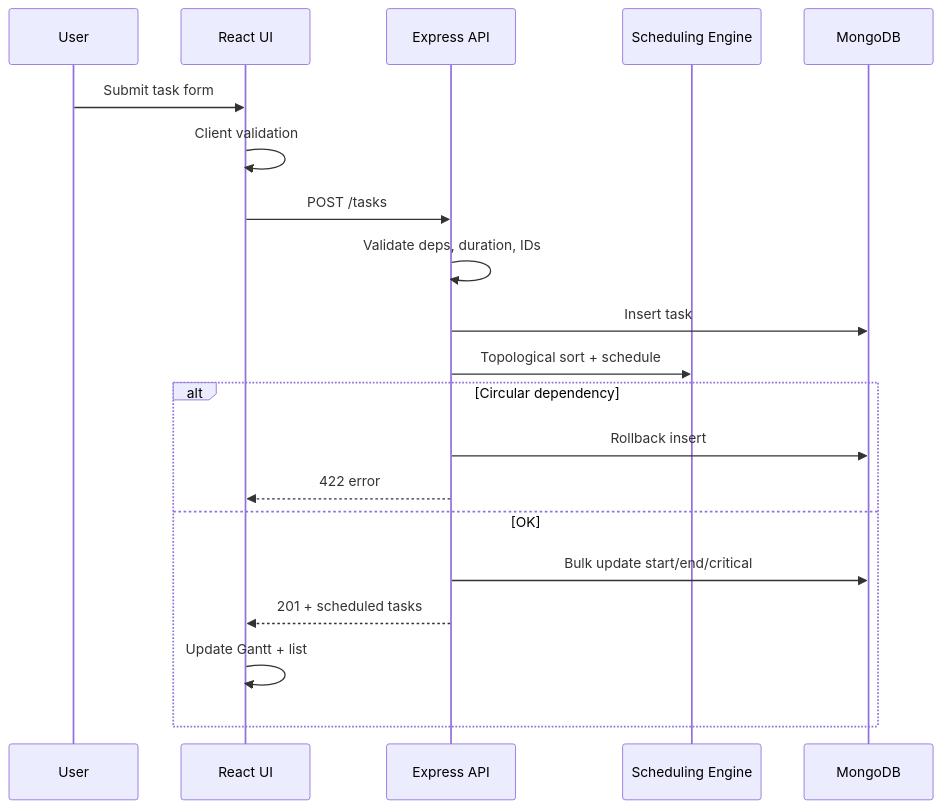
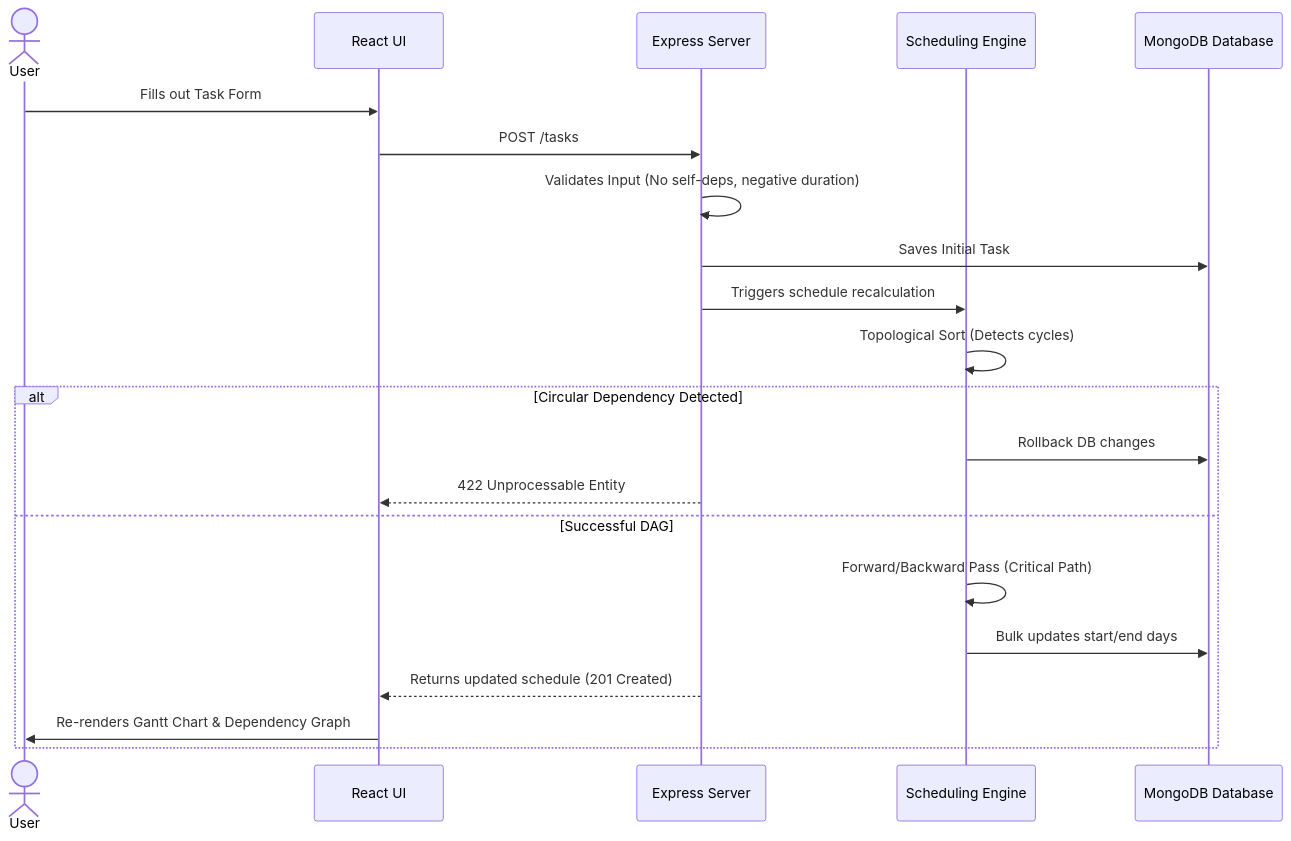
The second of 3 diagrams in DESIGN_DOC.md (ashp15205/mern_assignment), drawn with Mermaid before and after one commit. The commit also changed other lines of this file, not shown here.

Commit message:
Update DESIGN_DOC.md with rich Mermaid architectural diagrams

````diff
--- a/DESIGN_DOC.md
+++ b/DESIGN_DOC.md
@@ -35,23 +42,24 @@
 ```mermaid
 sequenceDiagram
-    participant U as User
-    participant F as React UI
-    participant A as Express API
-    participant S as Scheduling Engine
-    participant D as MongoDB
+    actor User
+    participant UI as React UI
+    participant API as Express Server
+    participant Engine as Scheduling Engine
+    participant DB as MongoDB Database
 
-    U->>F: Submit task form
-    F->>F: Client validation
-    F->>A: POST /tasks
-    A->>A: Validate deps, duration, IDs
-    A->>D: Insert task
-    A->>S: Topological sort + schedule
-    alt Circular dependency
-        A->>D: Rollback insert
-        A-->>F: 422 error
-    else OK
-        A->>D: Bulk update start/end/critical
-        A-->>F: 201 + scheduled tasks
-        F->>F: Update Gantt + list
+    User->>UI: Fills out Task Form
+    UI->>API: POST /tasks
+    API->>API: Validates Input (No self-deps, negative duration)
+    API->>DB: Saves Initial Task
+    API->>Engine: Triggers schedule recalculation
+    Engine->>Engine: Topological Sort (Detects cycles)
+    alt Circular Dependency Detected
+        Engine->>DB: Rollback DB changes
+        API-->>UI: 422 Unprocessable Entity
+    else Successful DAG
+        Engine->>Engine: Forward/Backward Pass (Critical Path)
+        Engine->>DB: Bulk updates start/end days
+        API-->>UI: Returns updated schedule (201 Created)
+        UI->>User: Re-renders Gantt Chart & Dependency Graph
     end
 ```
````
